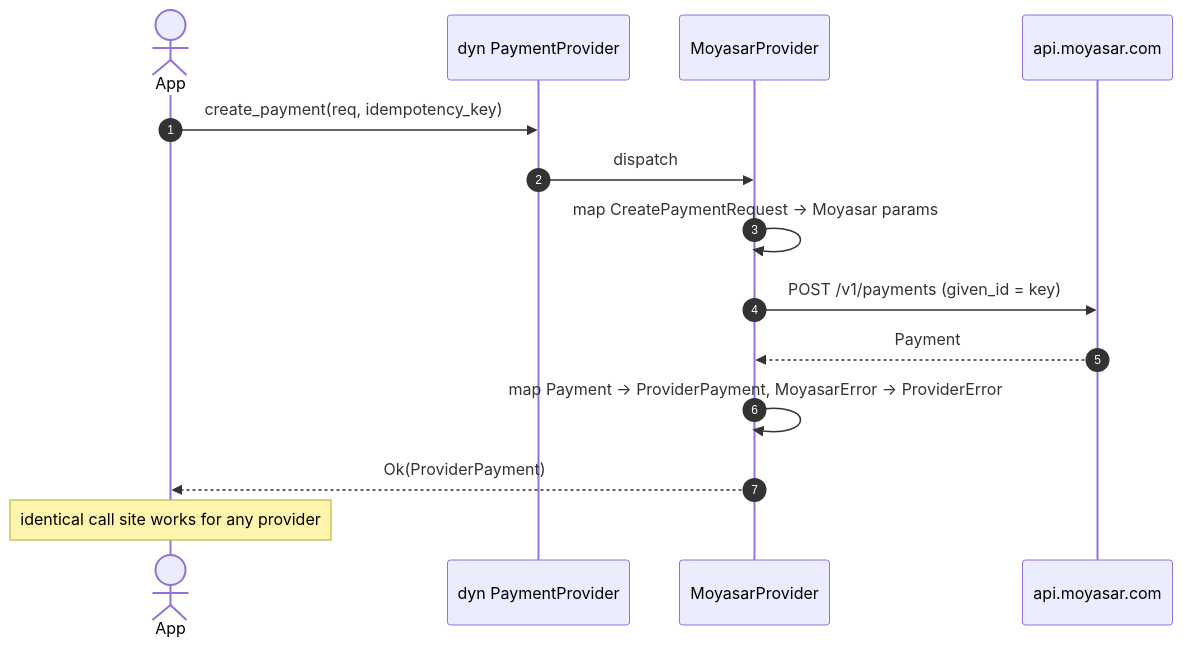
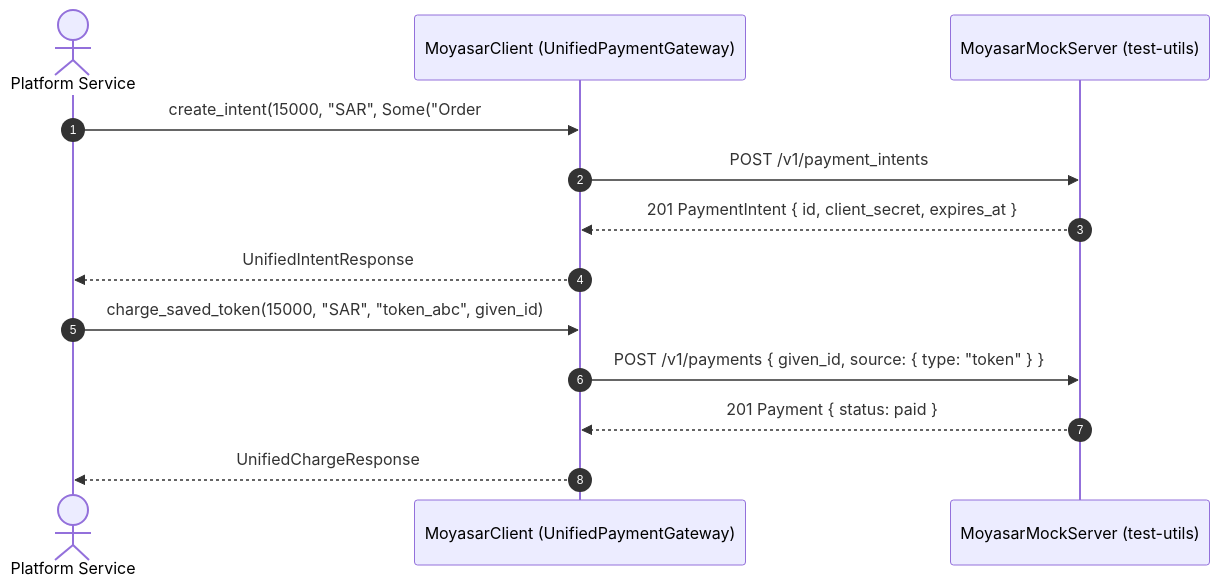
The diagram in docs/user-stories/module-8-cross-cutting/US-8.3.0-some-payment-trait-tests.md (some-of-cs/some-moyasar), drawn with Mermaid before and after one commit. The commit also changed other lines of this file and 25 other files, not shown here.

First line of the commit message:
docs(specs): remediate decomposition roadmap and all 23 user stories for divide-and-conquer readiness

````diff
--- a/docs/user-stories/module-8-cross-cutting/US-8.3.0-some-payment-trait-tests.md
+++ b/docs/user-stories/module-8-cross-cutting/US-8.3.0-some-payment-trait-tests.md
@@ -188,17 +128,16 @@
 ```mermaid
 sequenceDiagram
     autonumber
-    actor App
-    participant P as dyn PaymentProvider
-    participant M as MoyasarProvider
-    participant API as api.moyasar.com
+    actor App as Platform Service
+    participant U as MoyasarClient (UnifiedPaymentGateway)
+    participant Mock as MoyasarMockServer (test-utils)
 
-    App->>P: create_payment(req, idempotency_key)
-    P->>M: dispatch
-    M->>M: map CreatePaymentRequest → Moyasar params
-    M->>API: POST /v1/payments (given_id = key)
-    API-->>M: Payment
-    M->>M: map Payment → ProviderPayment, MoyasarError → ProviderError
-    M-->>App: Ok(ProviderPayment)
-    Note over App: identical call site works for any provider
+    App->>U: create_intent(15000, "SAR", Some("Order #1"), "https://example.com/cb")
+    U->>Mock: POST /v1/payment_intents
+    Mock-->>U: 201 PaymentIntent { id, client_secret, expires_at }
+    U-->>App: UnifiedIntentResponse
+    App->>U: charge_saved_token(15000, "SAR", "token_abc", given_id)
+    U->>Mock: POST /v1/payments { given_id, source: { type: "token" } }
+    Mock-->>U: 201 Payment { status: paid }
+    U-->>App: UnifiedChargeResponse
 ```
````
